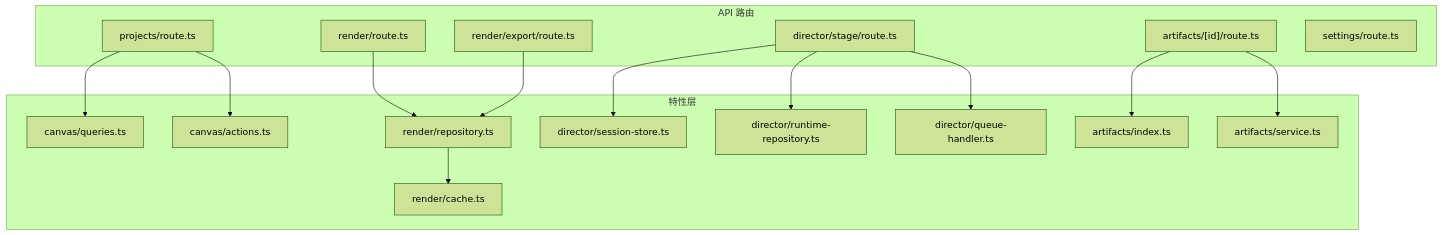
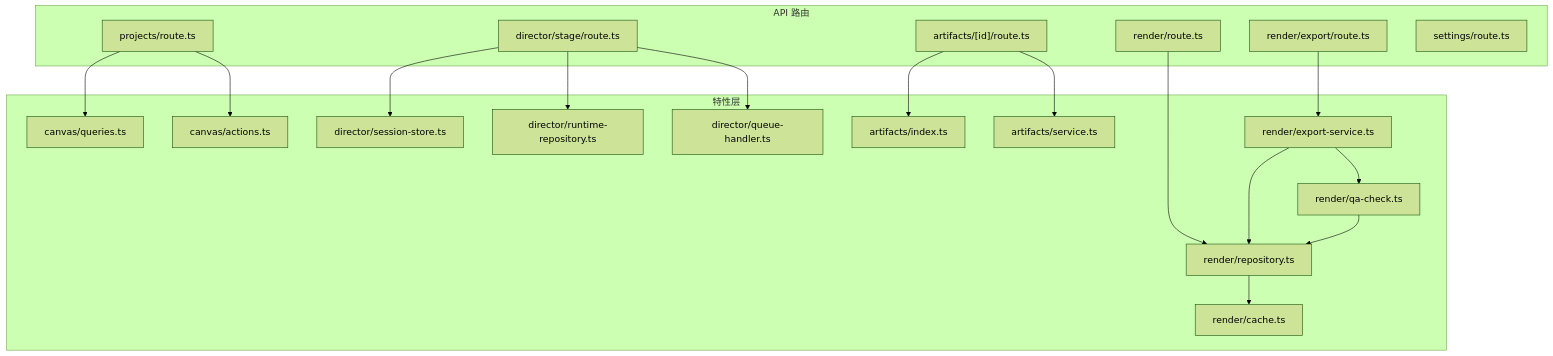
Before and after one commit to AIMFllyYS/code-video-canvas: the sixth of 6 diagrams in .qoder/repowiki/zh/content/数据库设计.md, drawn with Mermaid (forest theme). The commit also changed other lines of this file and 7 other files, not shown here.

````diff
--- a/.qoder/repowiki/zh/content/数据库设计.md
+++ b/.qoder/repowiki/zh/content/数据库设计.md
@@ -355,32 +420,37 @@
 ```mermaid
 graph TB
 subgraph "API 路由"
 P["projects/route.ts"]
 R["render/route.ts"]
 RE["render/export/route.ts"]
 A["artifacts/[id]/route.ts"]
 D["director/stage/route.ts"]
 S["settings/route.ts"]
 end
 subgraph "特性层"
 Q["canvas/queries.ts"]
 AC["canvas/actions.ts"]
 RS["render/repository.ts"]
 CS["render/cache.ts"]
 SS["director/session-store.ts"]
 RR["director/runtime-repository.ts"]
 QH["director/queue-handler.ts"]
 AI["artifacts/index.ts"]
 AS["artifacts/service.ts"]
+ES["render/export-service.ts"]
+QC["render/qa-check.ts"]
 end
 P --> Q
 P --> AC
 R --> RS
-RE --> RS
+RE --> ES
+ES --> QC
+ES --> RS
 A --> AI
 A --> AS
 D --> SS
 D --> RR
 D --> QH
 RS --> CS
+QC --> RS
 ```
````
